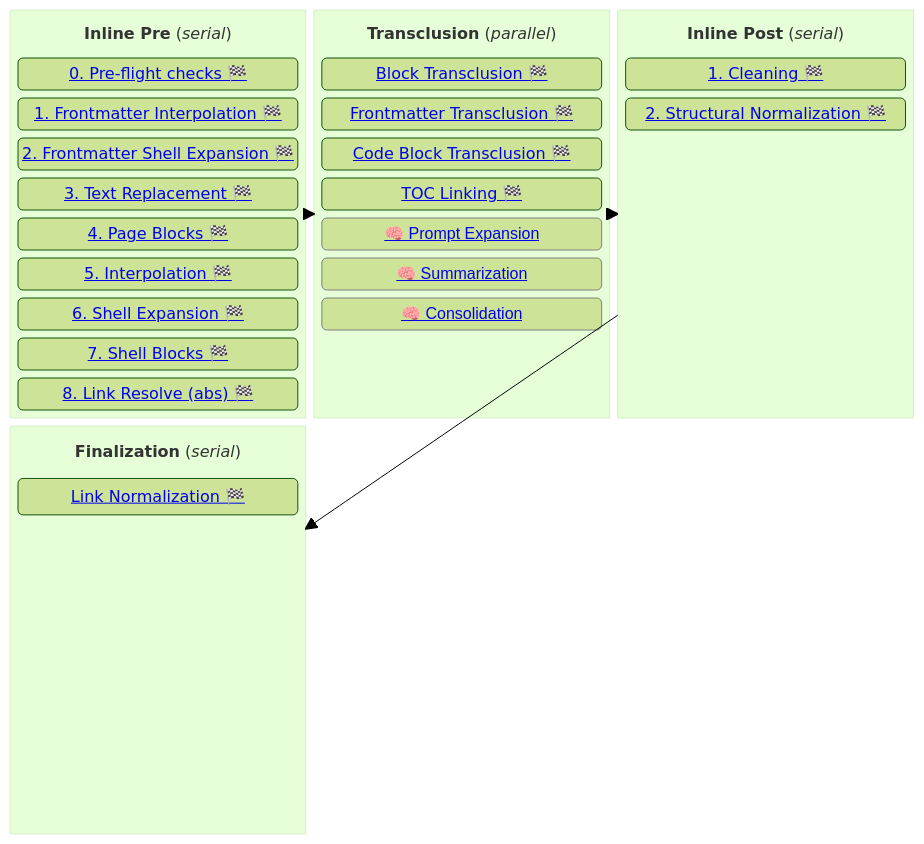
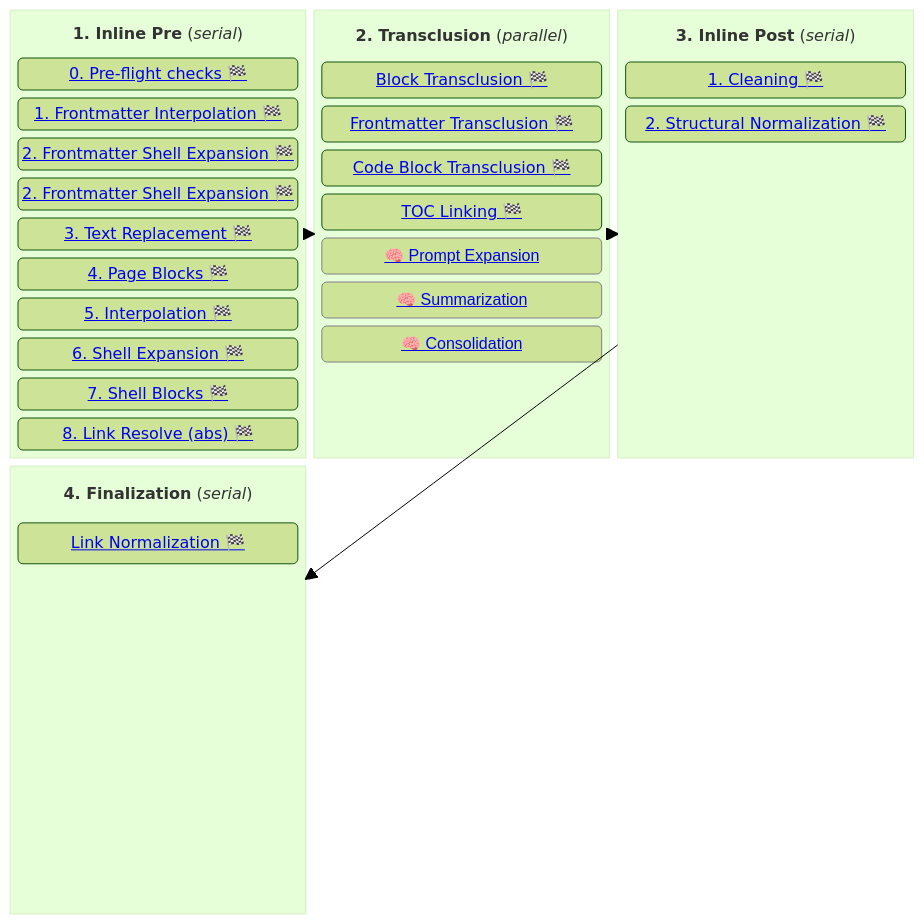
Before and after one commit to yankeeinlondon/rusty-biscuit: the first of 2 diagrams in darkmatter/docs/darkmatter-compose-pipeline.md, drawn with Mermaid (forest theme). The commit also changed 1 other file, not shown here.

Commit message:
docs(darkmatter): add schema validation step to compose pipeline
- Add schema validation as step 2 in Inline Pre phase, between frontmatter
  interpolation and shell expansion
- Number all pipeline phases (1. Inline Pre, 2. Transclusion, 3. Inline Post,
  4. Finalization) for clearer sequencing
- Create new schema-validation.md doc stub with related specs frontmatter

````diff
--- a/darkmatter/docs/darkmatter-compose-pipeline.md
+++ b/darkmatter/docs/darkmatter-compose-pipeline.md
@@ -5,80 +5,81 @@
 ```mermaid
 block-beta
     columns 3
 
 
     block:pre
         columns 1
-        preTitle["<b>Inline Pre</b> (<i>serial</i>)"]
+        preTitle["<b>1. Inline Pre</b> (<i>serial</i>)"]
         preFlightChecks("<a href='./inline/preflight-checks.md'>0. Pre-flight checks 🏁</a>")
         fmInterpolate("<a href='./inline/fm-interpolation.md'>1. Frontmatter Interpolation 🏁</a>")
+        schemaValidation("<a href='./topics/schema-validation.md'>2. Frontmatter Shell Expansion 🏁</a>")
         shellExp("<a href='./inline/fm-shell-expansion.md'>2. Frontmatter Shell Expansion 🏁</a>")
         textReplacement("<a href='./inline/text-replacement.md'>3. Text Replacement 🏁</a>")
         pageBlocks("<a href='./inline/page-blocks.md'>4. Page Blocks 🏁</a>")
         interpolation("<a href='./inline/interpolation.md'>5. Interpolation 🏁</a>")
         shellExpansion("<a href='./inline/shell-expansion.md'>6. Shell Expansion 🏁</a>")
         shellBlocks("<a href='./inline/shell-blocks.md'>7. Shell Blocks 🏁</a>")
         linkResolve("<a href='./operations/link-resolve.md'>8. Link Resolve (abs) 🏁</a>")
     end
 
     block:transclusion
         columns 1
-        transTitle["<b>Transclusion</b> (<i>parallel</i>)"]
+        transTitle["<b>2. Transclusion</b> (<i>parallel</i>)"]
         blockTransclusion("<a href='./transclusion/block-transclusion.md'>Block Transclusion 🏁</a>")
         fmTransclusion("<a href='./transclusion/fm-transclusion.md'>Frontmatter Transclusion 🏁</a>")
         codeBlockTransclusion("<a href='./transclusion/code-transclusion.md'>Code Block Transclusion 🏁</a>")
         tocLinking("<a href='./inline/toc-linking.md'>TOC Linking 🏁</a>")
         promptExpansion("<a href='./transclusion/prompt-expansion.md'>🧠 Prompt Expansion</a>")
         summarization("<a href='./transclusion/summarization.md'>🧠 Summarization</a>")
         consolidation("<a href='./transclusion/consolidation.md'>🧠 Consolidation</a>")
 
         ts1[" "]
         ts2[" "]
     end
 
     block:post
         columns 1
-        postTitle["<b>Inline Post</b> (<dim><i>serial</i></dim>)"]
+        postTitle["<b>3. Inline Post</b> (<dim><i>serial</i></dim>)"]
         cleaning("<a href='./inline/cleaning.md'>1. Cleaning 🏁</a>")
         structural("<a href='./inline/structural-normalization.md'>2. Structural Normalization 🏁</a>")
 
         s1[" "]
         s2[" "]
         s3[" "]
         s4[" "]
         s5[" "]
         s6[" "]
         s7[" "]
     end
 
     block:final
         columns 1
-        finalTitle["<b>Finalization</b> (<dim><i>serial</i></dim>)"]
+        finalTitle["<b>4. Finalization</b> (<dim><i>serial</i></dim>)"]
         links("<a href='./operations/link-normalization.md'>Link Normalization 🏁</a>")
 
         fs1[" "]
         fs2[" "]
         fs3[" "]
         fs4[" "]
         fs5[" "]
         fs6[" "]
         fs7[" "]
     end
 
 
 
     pre --> transclusion
     transclusion --> post
     post --> final
 
     style preTitle fill:transparent,stroke:transparent
     style transTitle fill:transparent,stroke:transparent
     style postTitle fill:transparent,stroke:transparent
     style finalTitle fill:transparent,stroke:transparent
 
     classDef spacer fill:transparent,stroke:transparent,color:transparent
     class s1,s2,s3,s4,s5,s6,s7,ts1,ts2,fs1,fs2,fs3,fs4,fs5,fs6,fs7 spacer
 
     classDef notReady font-weight:100,font-family:sans-serif,stroke:gray
     class promptExpansion,summarization,consolidation notReady
 ```
````
